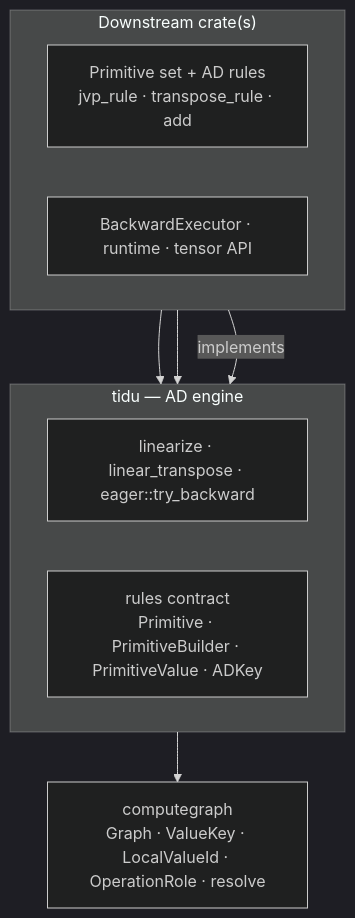
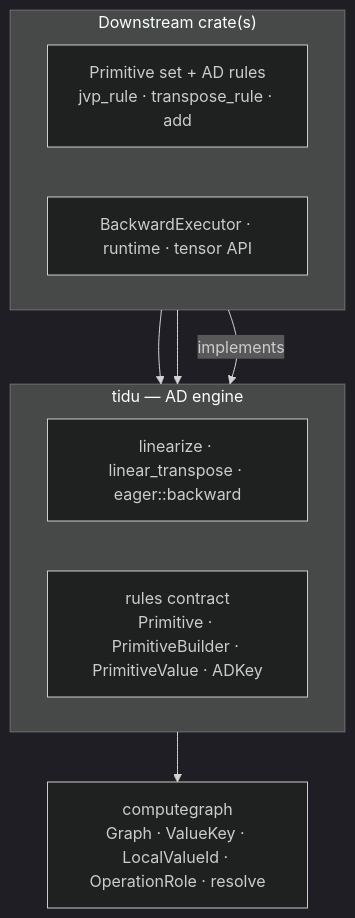
The first of 3 diagrams in docs/architecture/overview.qmd (tensor4all/tidu-rs), drawn with Mermaid (dark theme) before and after one commit. The commit also changed other lines of this file and 40 other files, not shown here.

````diff
--- a/docs/architecture/overview.qmd
+++ b/docs/architecture/overview.qmd
@@ -13,18 +13,18 @@
 ```{mermaid}
 flowchart TB
   subgraph DS["Downstream crate(s)"]
     direction LR
     RULES["Primitive set + AD rules<br/>jvp_rule · transpose_rule · add"]
     RT["BackwardExecutor · runtime · tensor API"]
   end
   subgraph TD["tidu — AD engine"]
     direction LR
-    TR["linearize · linear_transpose · eager::try_backward"]
+    TR["linearize · linear_transpose · eager::backward"]
     CON["rules contract<br/>Primitive · PrimitiveBuilder · PrimitiveValue · ADKey"]
   end
   CG["computegraph<br/>Graph · ValueKey · LocalValueId · OperationRole · resolve"]
   DS -->|implements| CON
   RULES --> TR
   RT --> TR
   TD --> CG
 ```
````
